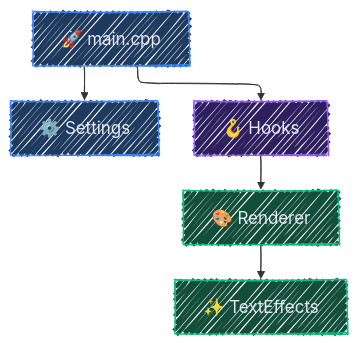
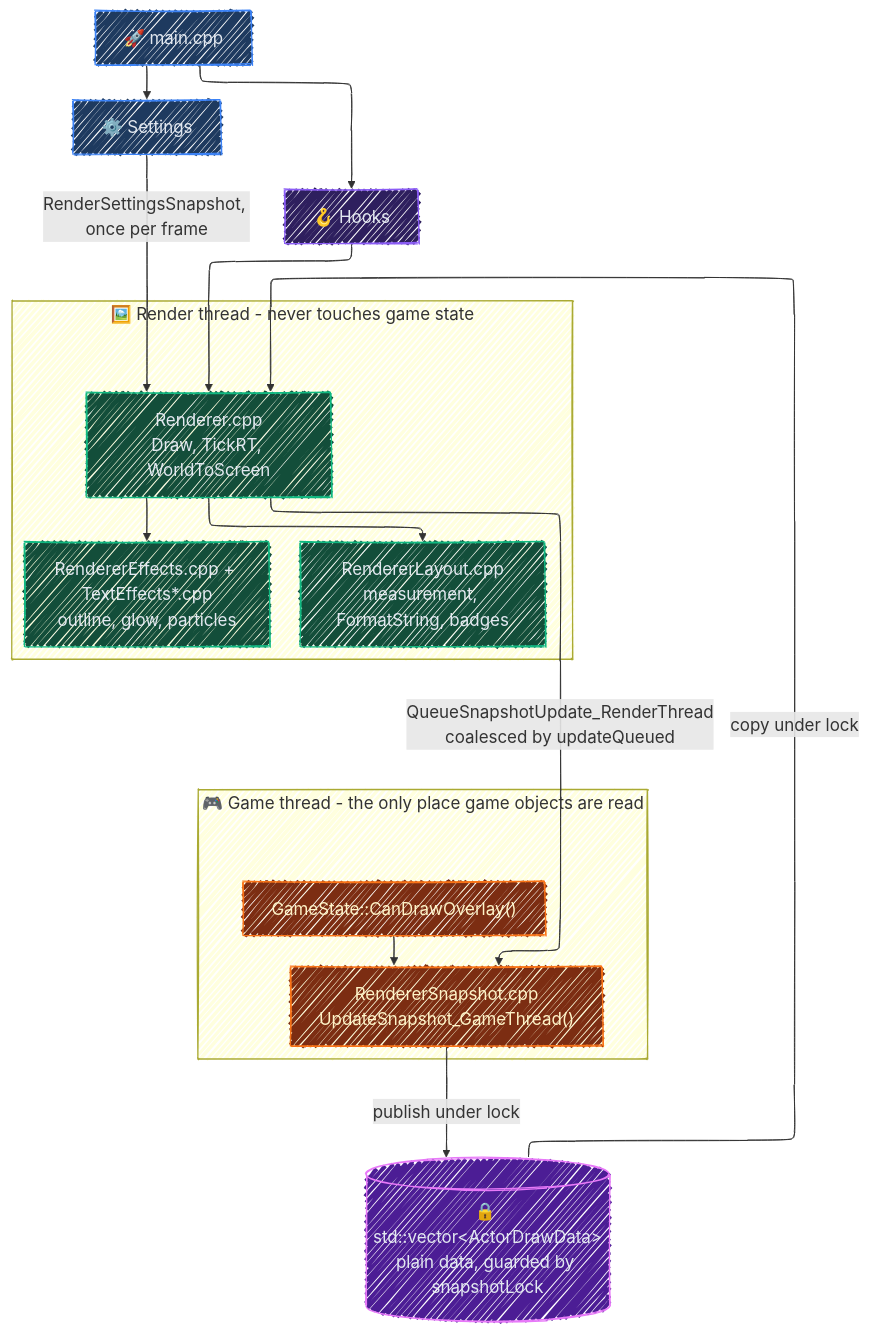
Before and after one commit to lextpf/glyph: the third of 3 diagrams in README.md, drawn with Mermaid. The commit also changed other lines of this file, not shown here.

````diff
--- a/README.md
+++ b/README.md
@@ -448,25 +585,44 @@
 ```mermaid
 ---
 config:
   look: handDrawn
   theme: mc
   themeVariables:
     fontSize: 18px
   layout: elk
 ---
 graph TB
     classDef core fill:#1e3a5f,stroke:#3b82f6,color:#e2e8f0
     classDef hook fill:#2e1f5e,stroke:#8b5cf6,color:#e2e8f0
+    classDef game fill:#7c2d12,stroke:#f97316,color:#fef3c7
     classDef render fill:#134e3a,stroke:#10b981,color:#e2e8f0
+    classDef data fill:#4c1d95,stroke:#e879f9,color:#e2e8f0
 
     Main["🚀 main.cpp"]:::core
     Settings["⚙️ Settings"]:::core
     Hooks["🪝 Hooks"]:::hook
-    Renderer["🎨 Renderer"]:::render
-    Effects["✨ TextEffects"]:::render
+
+    subgraph GameThread["🎮 Game thread - the only place game objects are read"]
+        Gate["GameState::CanDrawOverlay()"]:::game
+        Snap["RendererSnapshot.cpp<br/>UpdateSnapshot_GameThread()"]:::game
+    end
+
+    Data[("🔒 std::vector&lt;ActorDrawData&gt;<br/>plain data, guarded by snapshotLock")]:::data
+
+    subgraph RenderThread["🖼️ Render thread - never touches game state"]
+        Frame["Renderer.cpp<br/>Draw, TickRT, WorldToScreen"]:::render
+        Layout["RendererLayout.cpp<br/>measurement, FormatString, badges"]:::render
+        Effects["RendererEffects.cpp + TextEffects*.cpp<br/>outline, glow, particles"]:::render
+    end
 
     Main --> Settings
     Main --> Hooks
-    Hooks --> Renderer
-    Renderer --> Effects
+    Hooks --> Frame
+    Gate --> Snap
+    Snap -- "publish under lock" --> Data
+    Data -- "copy under lock" --> Frame
+    Frame --> Layout
+    Frame --> Effects
+    Frame -- "QueueSnapshotUpdate_RenderThread<br/>coalesced by updateQueued" --> Snap
+    Settings -- "RenderSettingsSnapshot, once per frame" --> Frame
 ```
````
